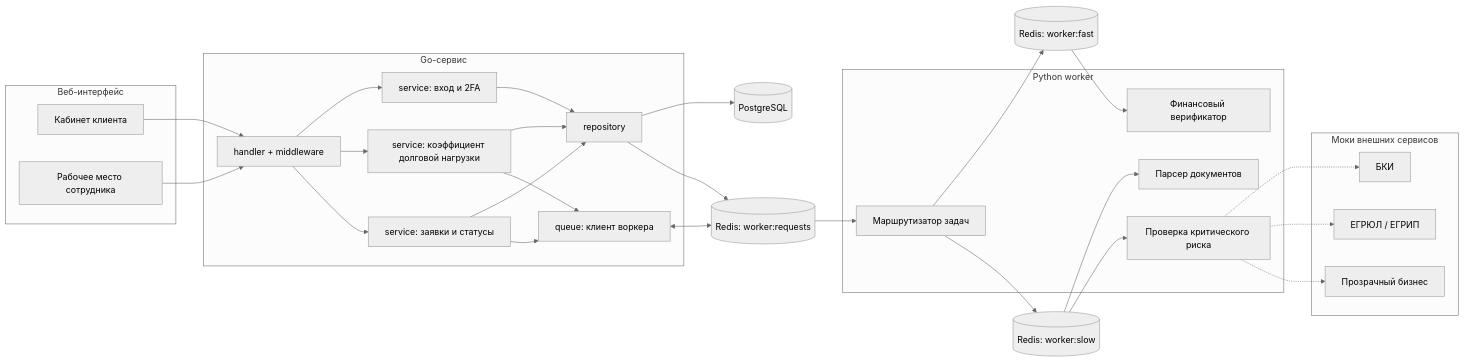
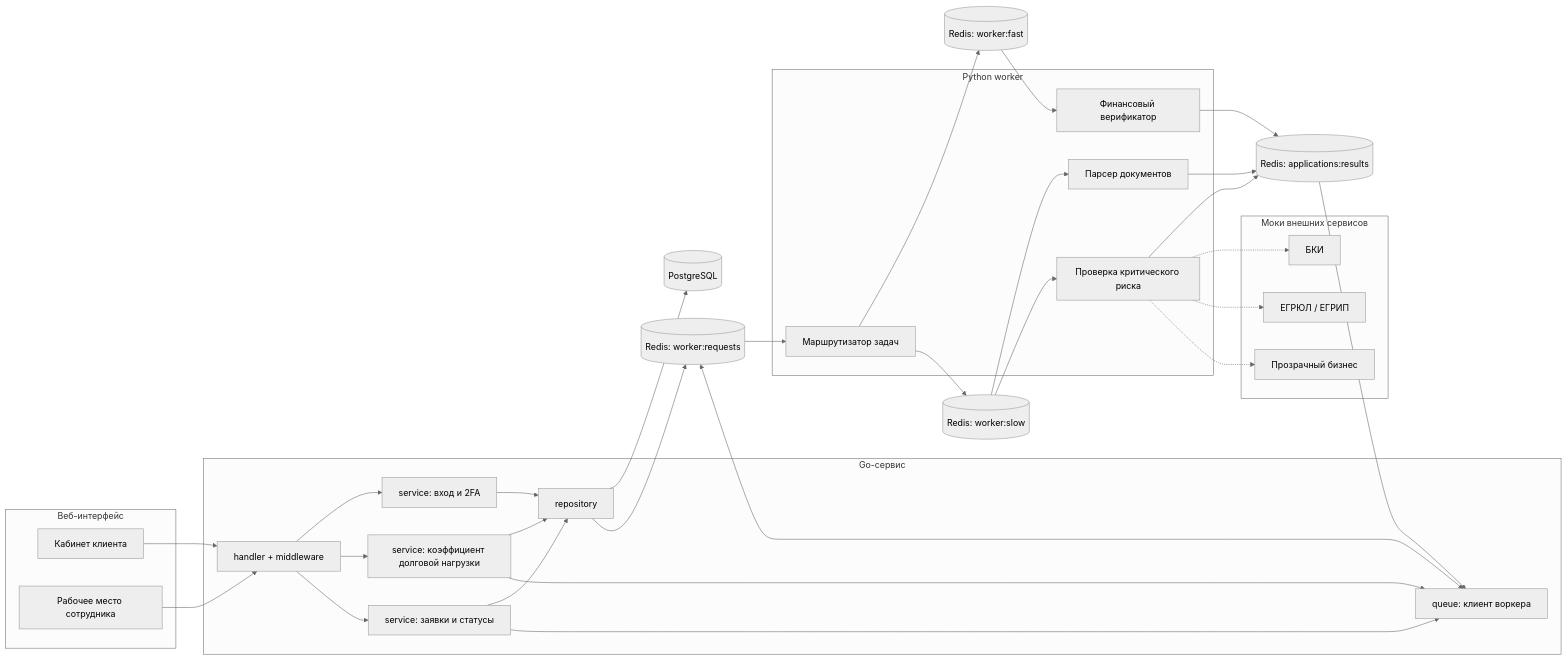
One commit to rudast/alpha-hack-2026 changed the first of 3 diagrams in docs/architecture.md. Above: the diagram before and after it, drawn with Mermaid (neutral theme). The commit also changed other lines of this file and 6 other files, not shown here.

````diff
--- a/docs/architecture.md
+++ b/docs/architecture.md
@@ -5,58 +5,63 @@
 ```mermaid
 flowchart LR
     subgraph Client[Веб-интерфейс]
         CL[Кабинет клиента]
         EM[Рабочее место сотрудника]
     end
 
     subgraph Backend[Go-сервис]
         H[handler + middleware]
         AUTH[service: вход и 2FA]
         TRUST[service: коэффициент долговой нагрузки]
         APP[service: заявки и статусы]
         REPO[repository]
         QC[queue: клиент воркера]
     end
 
     R[(Redis: worker:requests)]
     RF[(Redis: worker:fast)]
     RS[(Redis: worker:slow)]
+    RR[(Redis: applications:results)]
 
     subgraph Worker[Python worker]
         ROUTER[Маршрутизатор задач]
         VER[Финансовый верификатор]
         PAR[Парсер документов]
         RISK[Проверка критического риска]
     end
 
     subgraph Mocks[Моки внешних сервисов]
         BKI[БКИ]
         EGR[ЕГРЮЛ / ЕГРИП]
         PB[Прозрачный бизнес]
     end
 
     DB[(PostgreSQL)]
 
     CL --> H
     EM --> H
     H --> AUTH
     H --> TRUST
     H --> APP
     AUTH --> REPO
     TRUST --> REPO
     APP --> REPO
     TRUST --> QC
     APP --> QC
     REPO --> DB
     REPO --> R
     QC <--> R
     R --> ROUTER
     ROUTER --> RF
     ROUTER --> RS
     RF --> VER
     RS --> PAR
     RS --> RISK
+    VER --> RR
+    PAR --> RR
+    RISK --> RR
+    RR --> QC
     RISK -.-> BKI
     RISK -.-> EGR
     RISK -.-> PB
 ```
````
